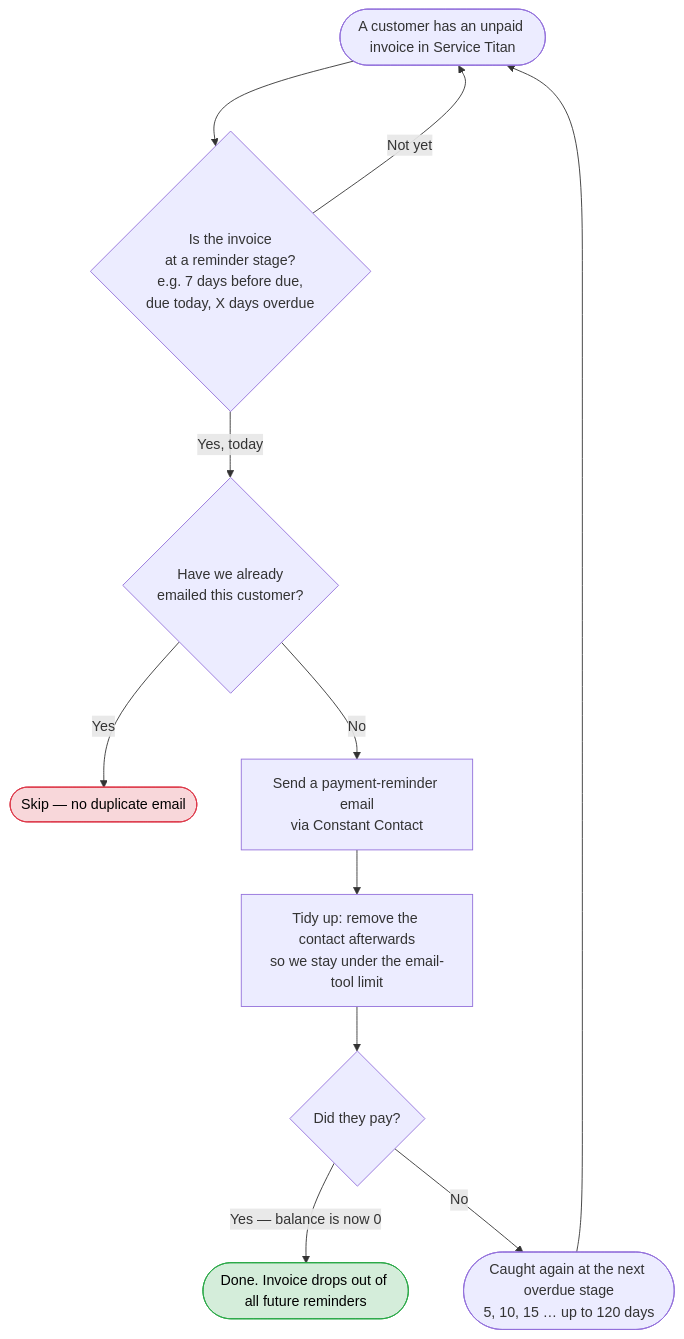
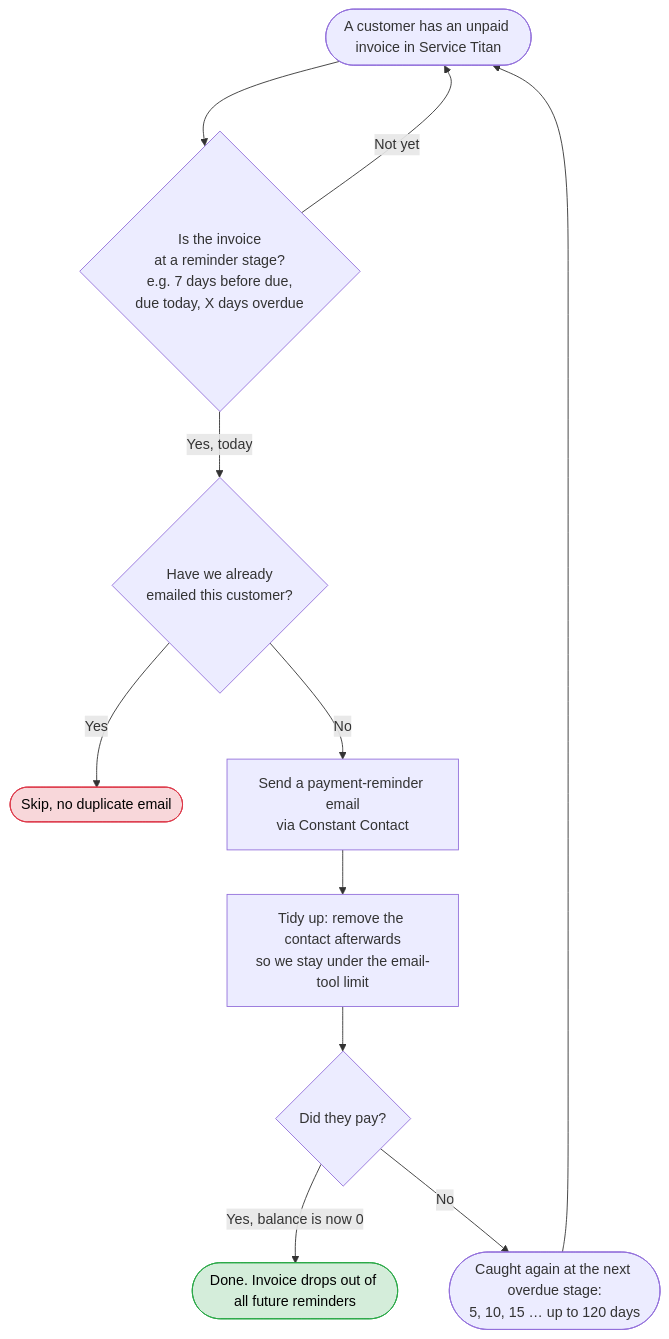
One commit to Zerubabel-J/ar-automation-docs changed the first of 4 diagrams in README.md. Above: the diagram before and after it, drawn with Mermaid. The commit also changed other lines of this file, not shown here.

````diff
--- a/README.md
+++ b/README.md
@@ -50,18 +44,18 @@
 ```mermaid
 flowchart TD
     A([A customer has an unpaid invoice in Service Titan]) --> B{Is the invoice<br/>at a reminder stage?<br/>e.g. 7 days before due,<br/>due today, X days overdue}
     B -- "Not yet" --> A
     B -- "Yes, today" --> C{Have we already<br/>emailed this customer?}
-    C -- "Yes" --> SKIP([Skip — no duplicate email])
+    C -- "Yes" --> SKIP([Skip, no duplicate email])
     C -- "No" --> D[Send a payment-reminder email<br/>via Constant Contact]
     D --> E[Tidy up: remove the contact afterwards<br/>so we stay under the email-tool limit]
     E --> F{Did they pay?}
-    F -- "Yes — balance is now 0" --> G([Done. Invoice drops out of all future reminders])
-    F -- "No" --> H([Caught again at the next overdue stage<br/>5, 10, 15 … up to 120 days])
+    F -- "Yes, balance is now 0" --> G([Done. Invoice drops out of all future reminders])
+    F -- "No" --> H([Caught again at the next overdue stage:<br/>5, 10, 15 … up to 120 days])
     H --> A
 
     classDef done fill:#d4edda,stroke:#28a745,color:#000;
     classDef stop fill:#f8d7da,stroke:#dc3545,color:#000;
     class G done;
     class SKIP stop;
 ```
````
